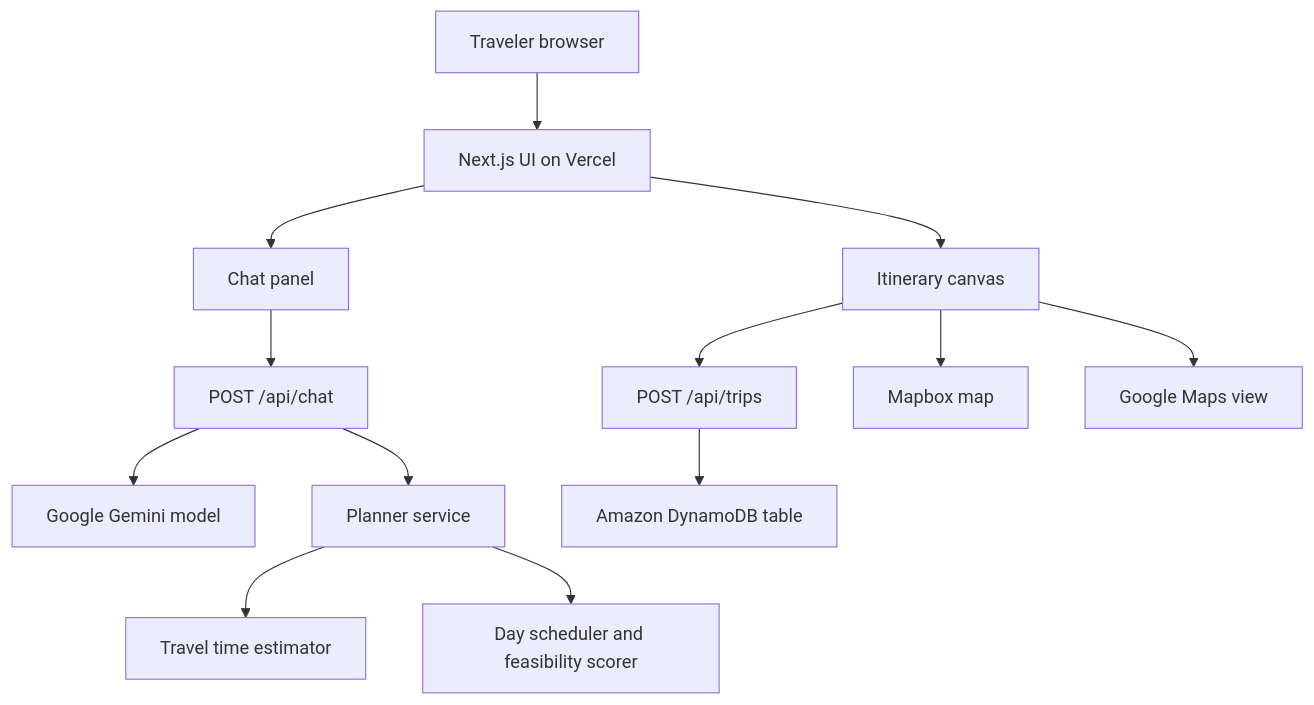
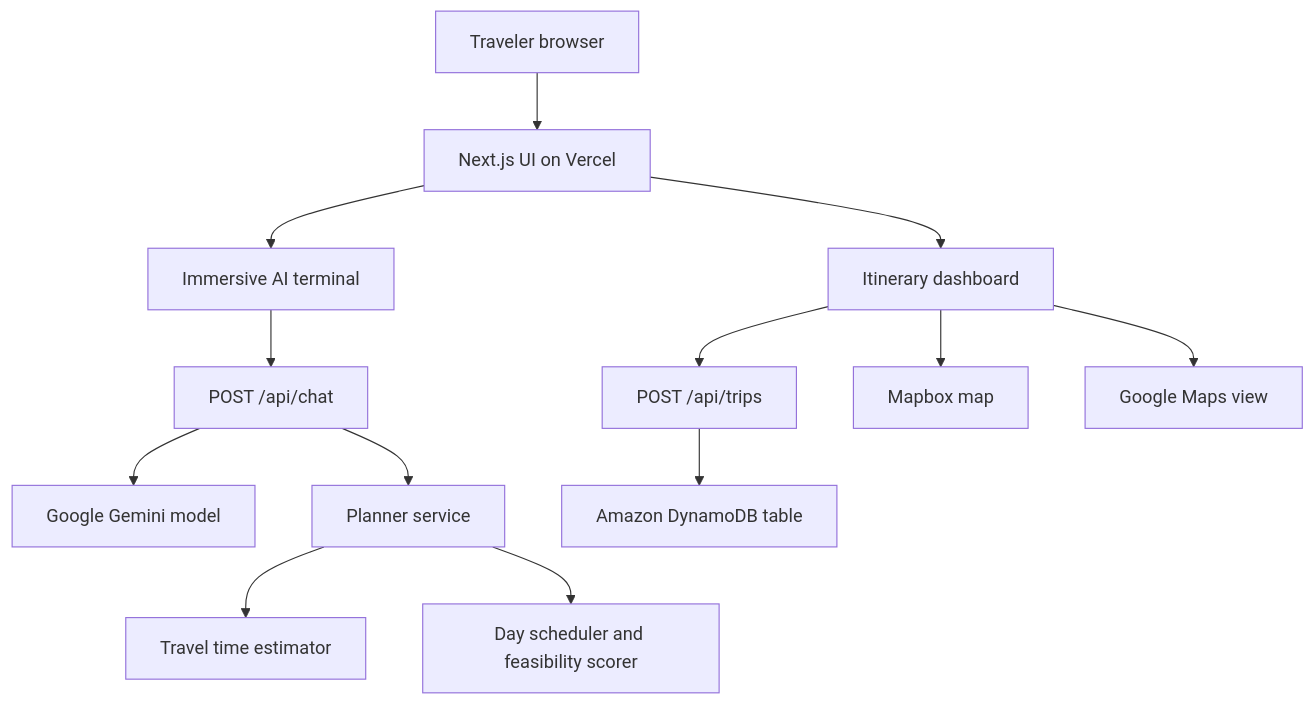
One commit to petryiy/travel changed the diagram in docs/architecture.md. Above: the diagram before and after it, drawn with Mermaid. The commit also changed 15 other files, not shown here.

````diff
--- a/docs/architecture.md
+++ b/docs/architecture.md
@@ -5,18 +5,18 @@
 ```mermaid
 flowchart TB
   Browser["Traveler browser"] --> Frontend["Next.js UI on Vercel"]
-  Frontend --> ChatPanel["Chat panel"]
-  Frontend --> Canvas["Itinerary canvas"]
+  Frontend --> Terminal["Immersive AI terminal"]
+  Frontend --> Canvas["Itinerary dashboard"]
 
-  ChatPanel --> ChatApi["POST /api/chat"]
+  Terminal --> ChatApi["POST /api/chat"]
   ChatApi --> Gemini["Google Gemini model"]
   ChatApi --> Planner["Planner service"]
   Planner --> Geo["Travel time estimator"]
   Planner --> Scheduler["Day scheduler and feasibility scorer"]
 
   Canvas --> TripsApi["POST /api/trips"]
   TripsApi --> Dynamo["Amazon DynamoDB table"]
 
   Canvas --> Mapbox["Mapbox map"]
   Canvas --> GoogleMaps["Google Maps view"]
 ```
````
